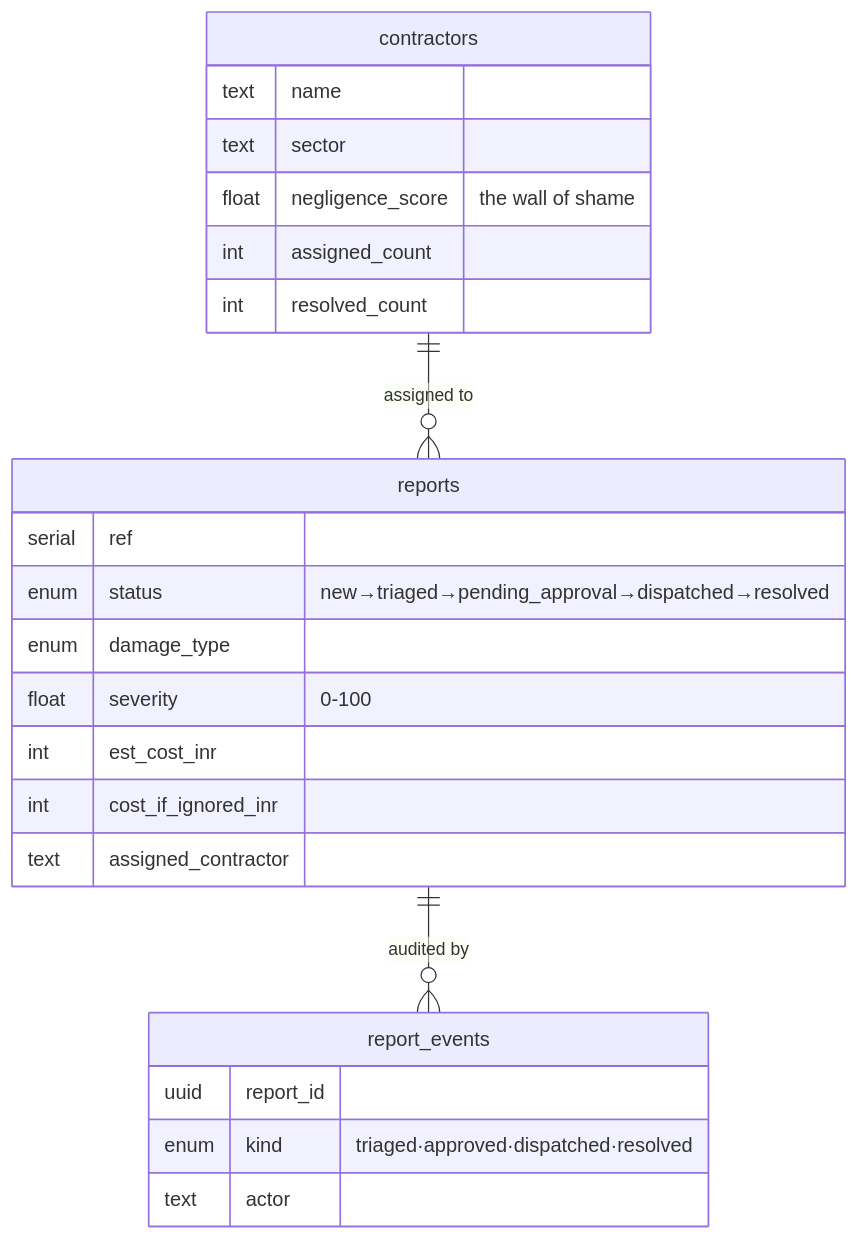
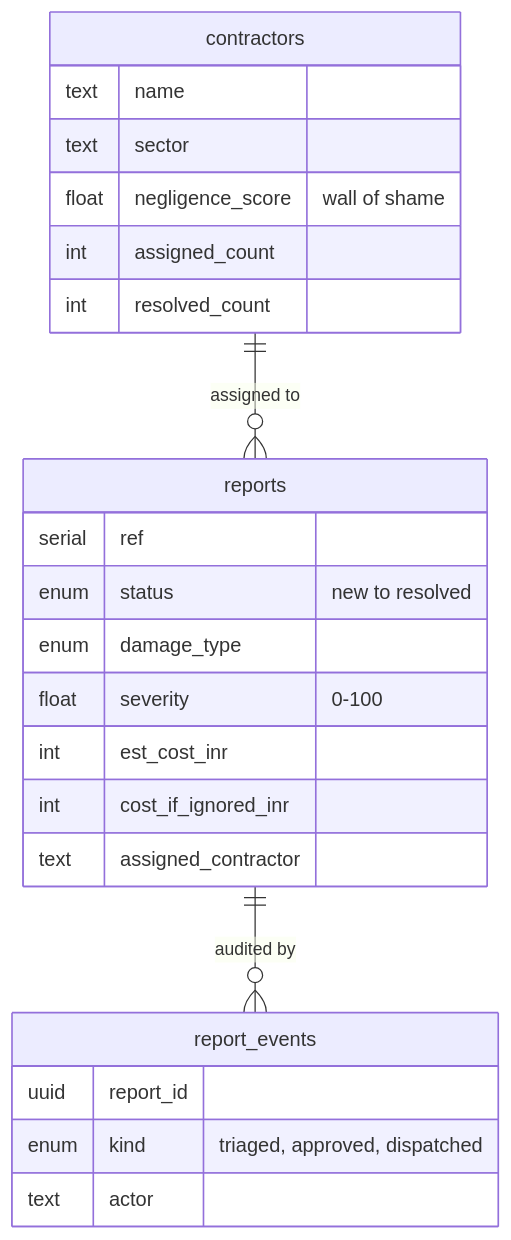
Before and after one commit to SaudSatopay/crackwatch-lemma: the third of 4 diagrams in README.md, drawn with Mermaid.

Commit message:
docs: ASCII-safe ER diagram annotations for reliable Mermaid rendering

````diff
--- a/README.md
+++ b/README.md
@@ -125,27 +125,27 @@
 ```mermaid
 erDiagram
     contractors ||--o{ reports : "assigned to"
     reports ||--o{ report_events : "audited by"
 
     reports {
         serial ref
-        enum status "new→triaged→pending_approval→dispatched→resolved"
+        enum status "new to resolved"
         enum damage_type
         float severity "0-100"
         int est_cost_inr
         int cost_if_ignored_inr
         text assigned_contractor
     }
     contractors {
         text name
         text sector
-        float negligence_score "the wall of shame"
+        float negligence_score "wall of shame"
         int assigned_count
         int resolved_count
     }
     report_events {
         uuid report_id
-        enum kind "triaged·approved·dispatched·resolved"
+        enum kind "triaged, approved, dispatched"
         text actor
     }
 ```
````
